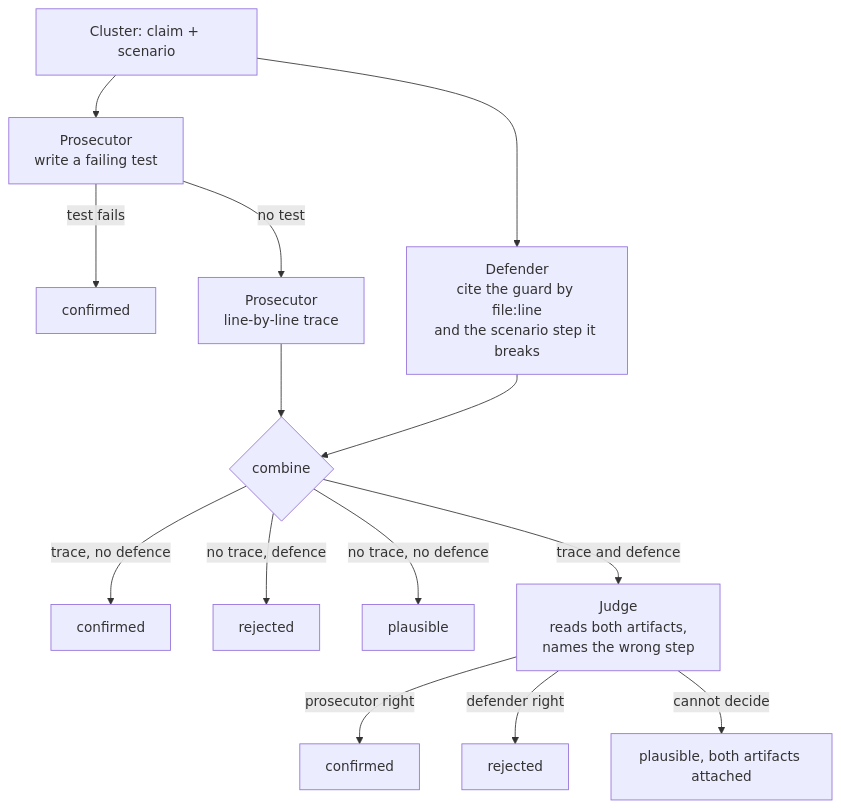
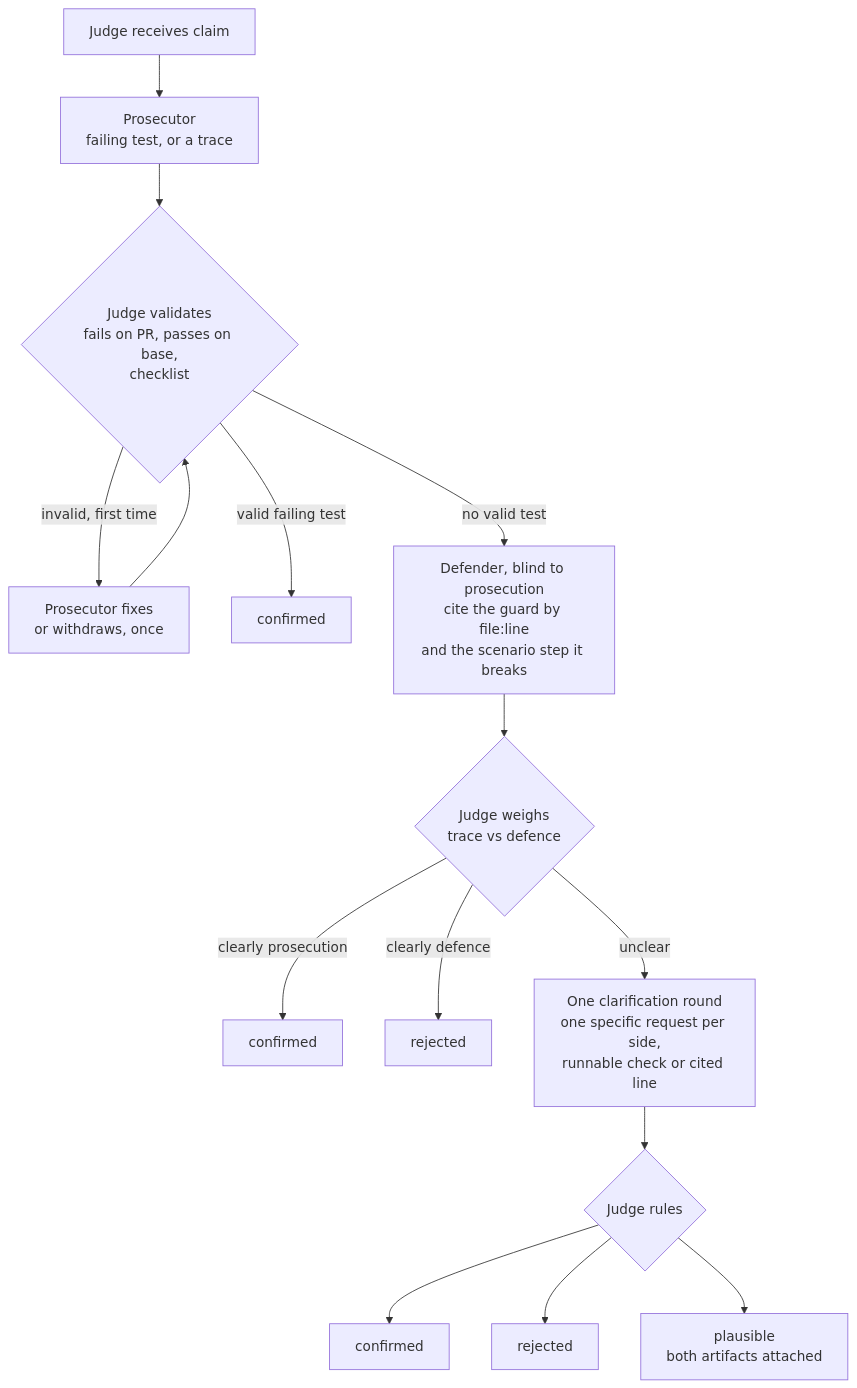
The second of 2 diagrams in README.md (gowikel/review-ensemble), drawn with Mermaid before and after one commit. The commit also changed other lines of this file and 1 other file, not shown here.

Commit message:
Add operator triage and a judge-run court with test validation

````diff
--- a/README.md
+++ b/README.md
@@ -66,16 +76,17 @@
 ```mermaid
 flowchart TD
-    S[Cluster: claim + scenario] --> P[Prosecutor<br/>write a failing test]
-    P -->|test fails| C1[confirmed]
-    P -->|no test| P2[Prosecutor<br/>line-by-line trace]
-    S --> DF[Defender<br/>cite the guard by file:line<br/>and the scenario step it breaks]
-    P2 --> M{combine}
-    DF --> M
-    M -->|trace, no defence| C2[confirmed]
-    M -->|no trace, defence| R[rejected]
-    M -->|no trace, no defence| PL[plausible]
-    M -->|trace and defence| J[Judge<br/>reads both artifacts,<br/>names the wrong step]
-    J -->|prosecutor right| C3[confirmed]
-    J -->|defender right| R2[rejected]
-    J -->|cannot decide| PL2[plausible, both artifacts attached]
+    S[Judge receives claim] --> P[Prosecutor<br/>failing test, or a trace]
+    P --> V{Judge validates<br/>fails on PR, passes on base,<br/>checklist}
+    V -->|invalid, first time| P2[Prosecutor fixes<br/>or withdraws, once]
+    P2 --> V
+    V -->|valid failing test| C1[confirmed]
+    V -->|no valid test| DF[Defender, blind to prosecution<br/>cite the guard by file:line<br/>and the scenario step it breaks]
+    DF --> R{Judge weighs<br/>trace vs defence}
+    R -->|clearly prosecution| C2[confirmed]
+    R -->|clearly defence| RJ[rejected]
+    R -->|unclear| Q[One clarification round<br/>one specific request per side,<br/>runnable check or cited line]
+    Q --> R2{Judge rules}
+    R2 --> C3[confirmed]
+    R2 --> RJ2[rejected]
+    R2 --> PL[plausible<br/>both artifacts attached]
 ```
````
